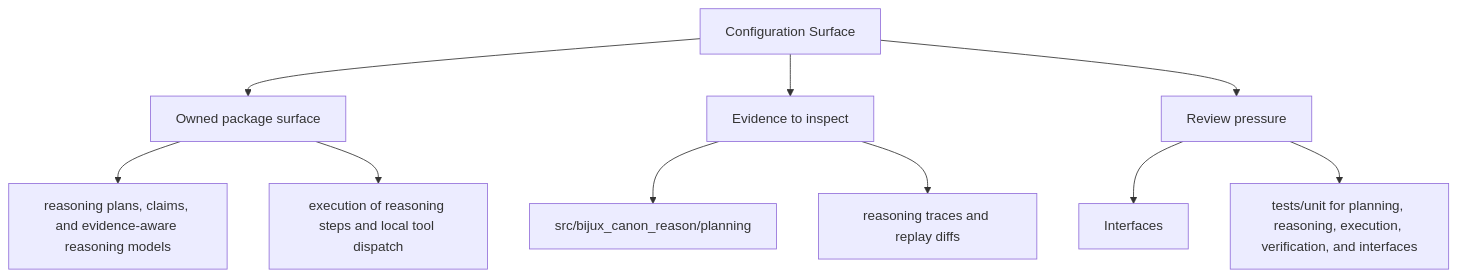
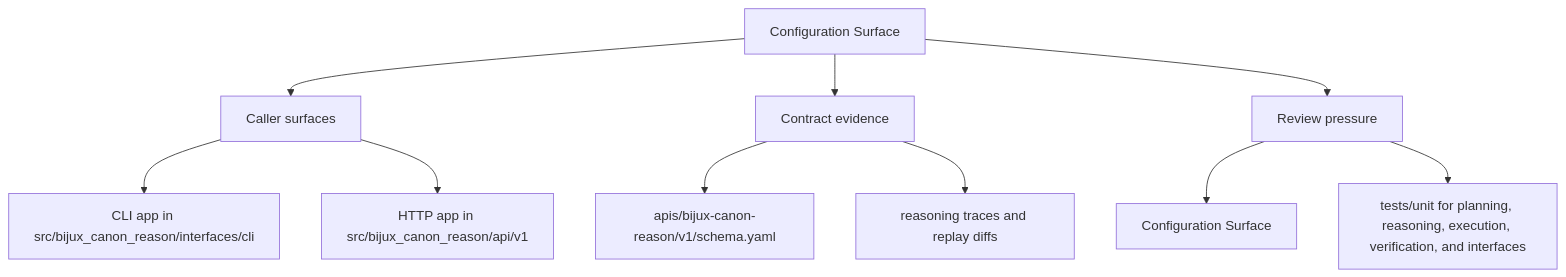
Before and after one commit to bijux/bijux-canon: the second of 2 diagrams in docs/bijux-canon-reason/interfaces/configuration-surface.md, drawn with Mermaid. The commit also changed other lines of this file and 250 other files, not shown here.

Commit message:
docs(diagrams): make product page maps more readable

````diff
--- a/docs/bijux-canon-reason/interfaces/configuration-surface.md
+++ b/docs/bijux-canon-reason/interfaces/configuration-surface.md
@@ -35,22 +35,22 @@
 ```mermaid
 flowchart TD
     page["Configuration Surface"]
-    focus1["Owned package surface"]
+    focus1["Caller surfaces"]
     page --> focus1
-    focus1_1["reasoning plans, claims, and evidence-aware reasoning models"]
+    focus1_1["CLI app in src/bijux_canon_reason/interfaces/cli"]
     focus1 --> focus1_1
-    focus1_2["execution of reasoning steps and local tool dispatch"]
+    focus1_2["HTTP app in src/bijux_canon_reason/api/v1"]
     focus1 --> focus1_2
-    focus2["Evidence to inspect"]
+    focus2["Contract evidence"]
     page --> focus2
-    focus2_1["src/bijux_canon_reason/planning"]
+    focus2_1["apis/bijux-canon-reason/v1/schema.yaml"]
     focus2 --> focus2_1
     focus2_2["reasoning traces and replay diffs"]
     focus2 --> focus2_2
     focus3["Review pressure"]
     page --> focus3
-    focus3_1["Interfaces"]
+    focus3_1["Configuration Surface"]
     focus3 --> focus3_1
     focus3_2["tests/unit for planning, reasoning, execution, verification, and interfaces"]
     focus3 --> focus3_2
 ```
````
